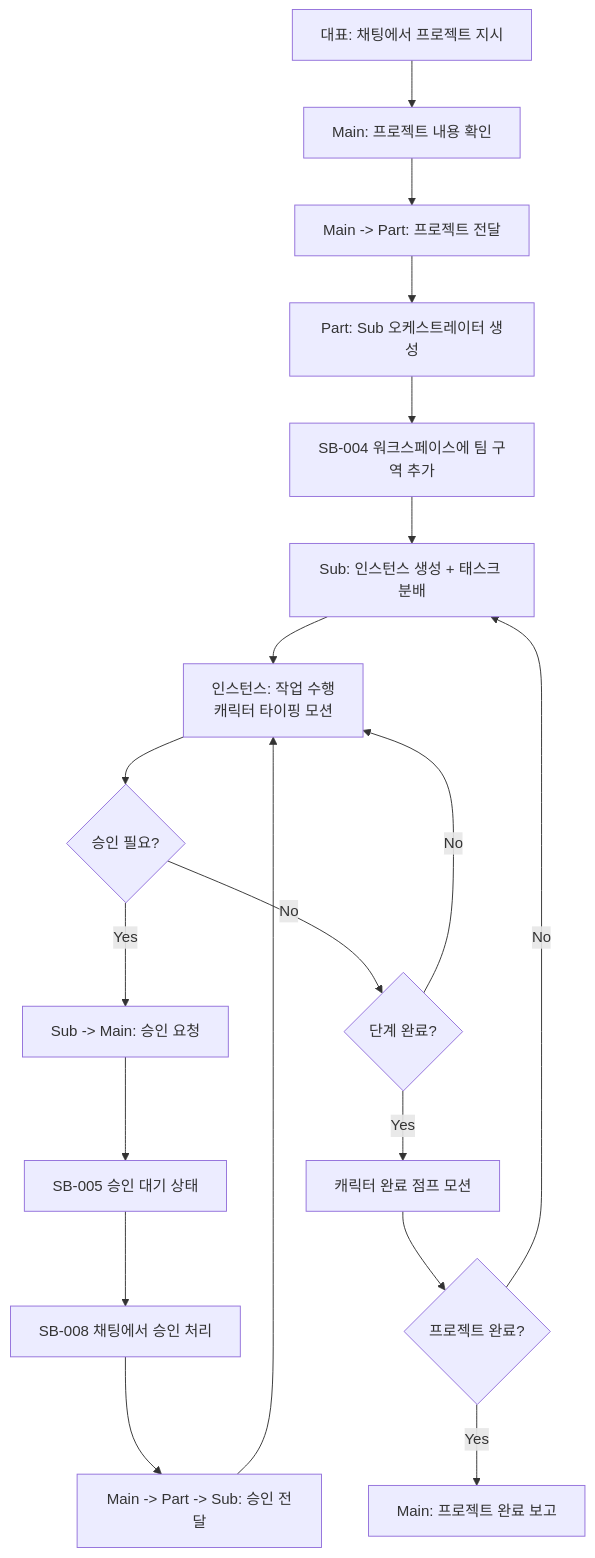
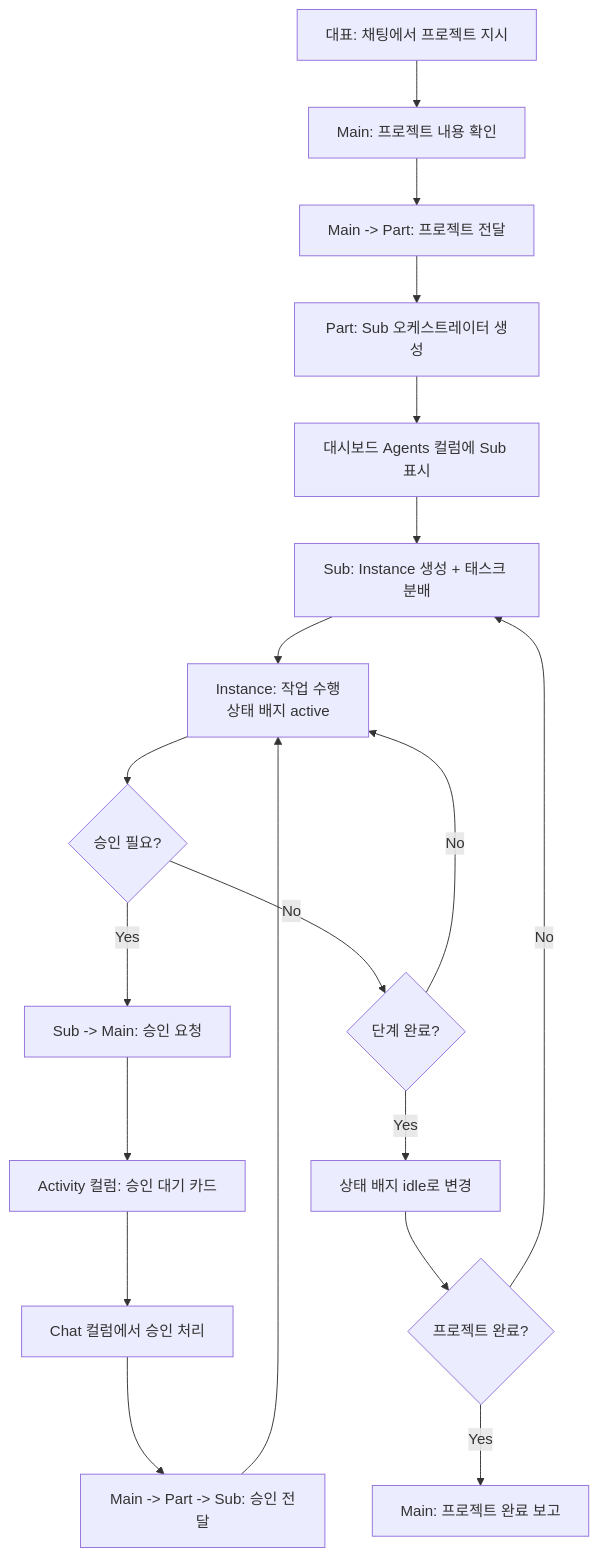
Before and after one commit to Jeonyunjae/ClaudeManager: the sixth of 15 diagrams in 03_design/🔀 user-flow.md, drawn with Mermaid. The commit also changed other lines of this file and 221 other files, not shown here.

````diff
--- a/03_design/🔀 user-flow.md
+++ b/03_design/🔀 user-flow.md
@@ -94,23 +113,23 @@
 ```mermaid
 flowchart TD
     A[대표: 채팅에서 프로젝트 지시] --> B[Main: 프로젝트 내용 확인]
     B --> C[Main -> Part: 프로젝트 전달]
     C --> D[Part: Sub 오케스트레이터 생성]
-    D --> E[SB-004 워크스페이스에 팀 구역 추가]
-    E --> F[Sub: 인스턴스 생성 + 태스크 분배]
-    F --> G[인스턴스: 작업 수행<br>캐릭터 타이핑 모션]
+    D --> E[대시보드 Agents 컬럼에 Sub 표시]
+    E --> F[Sub: Instance 생성 + 태스크 분배]
+    F --> G[Instance: 작업 수행<br>상태 배지 active]
     
     G --> H{승인 필요?}
     H -->|Yes| I[Sub -> Main: 승인 요청]
-    I --> J[SB-005 승인 대기 상태]
-    J --> K[SB-008 채팅에서 승인 처리]
+    I --> J[Activity 컬럼: 승인 대기 카드]
+    J --> K[Chat 컬럼에서 승인 처리]
     K --> L[Main -> Part -> Sub: 승인 전달]
     L --> G
     
     H -->|No| M{단계 완료?}
     M -->|No| G
-    M -->|Yes| N[캐릭터 완료 점프 모션]
+    M -->|Yes| N[상태 배지 idle로 변경]
     N --> O{프로젝트 완료?}
     O -->|No| F
     O -->|Yes| P[Main: 프로젝트 완료 보고]
 ```
````
